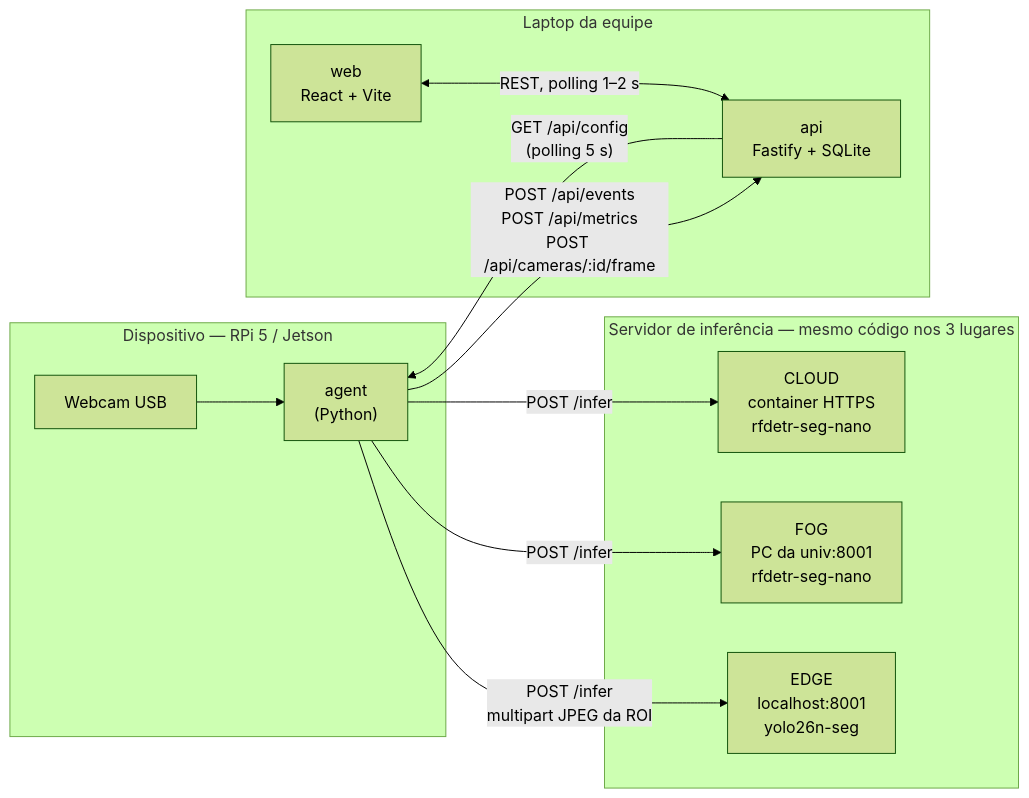
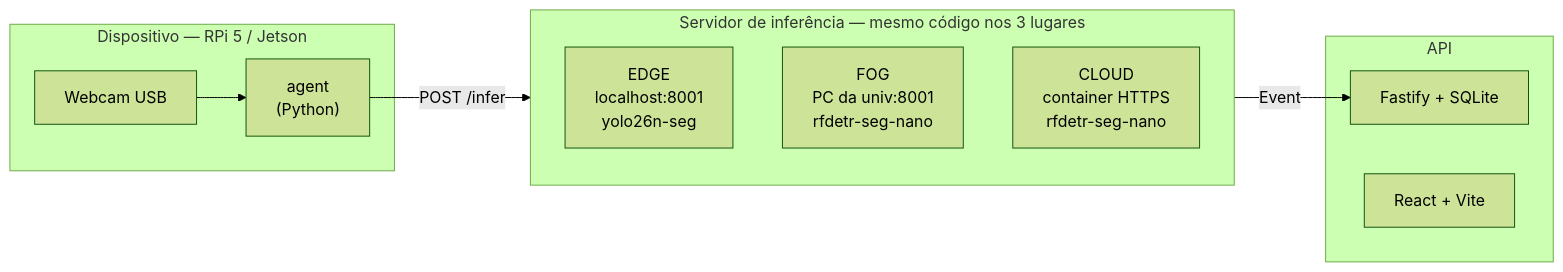
The second of 6 diagrams in README.md (artxavier/HorseCV-Hackathon), drawn with Mermaid (forest theme) before and after one commit. The commit also changed other lines of this file and 1 other file, not shown here.

````diff
--- a/README.md
+++ b/README.md
@@ -76,25 +60,21 @@
 ```mermaid
 flowchart LR
     subgraph DEV["Dispositivo — RPi 5 / Jetson"]
         CAM["Webcam USB"] --> AGENT["agent<br/>(Python)"]
     end
 
     subgraph INF["Servidor de inferência — mesmo código nos 3 lugares"]
         EDGE["EDGE<br/>localhost:8001<br/>yolo26n-seg"]
         FOG["FOG<br/>PC da univ:8001<br/>rfdetr-seg-nano"]
         CLOUD["CLOUD<br/>container HTTPS<br/>rfdetr-seg-nano"]
     end
 
-    AGENT -->|"POST /infer<br/>multipart JPEG da ROI"| EDGE
-    AGENT -->|"POST /infer"| FOG
-    AGENT -->|"POST /infer"| CLOUD
+    AGENT -->|"POST /infer"| INF
 
-    subgraph FIXO["Laptop da equipe"]
-        API["api<br/>Fastify + SQLite"]
-        WEB["web<br/>React + Vite"]
+    subgraph FIXO["API"]
+        API["Fastify + SQLite"]
+        WEB["React + Vite"]
     end
 
-    AGENT -->|"POST /api/events<br/>POST /api/metrics<br/>POST /api/cameras/:id/frame"| API
-    API -->|"GET /api/config<br/>(polling 5 s)"| AGENT
-    WEB <-->|"REST, polling 1–2 s"| API
+    INF -->|"Event" | API
 ```
````
